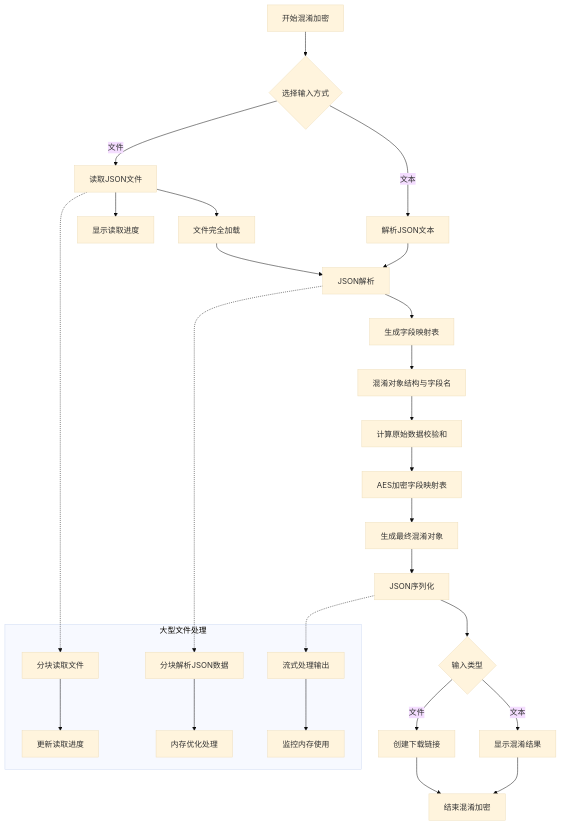
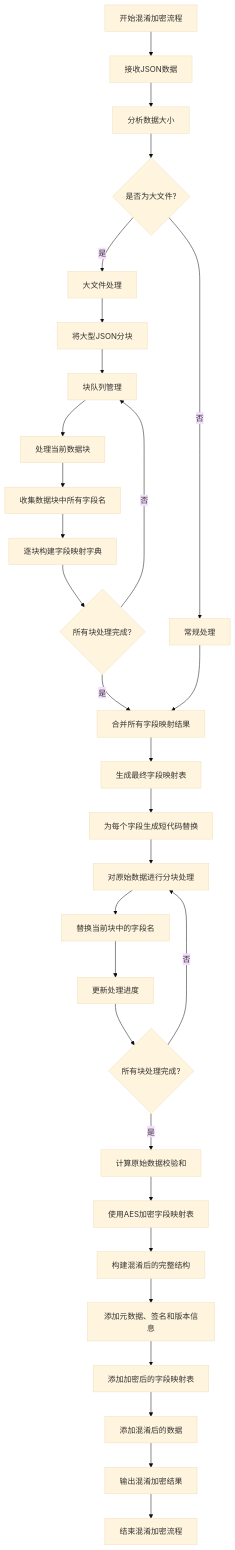
The diagram in all/未命名-43.md (yingjianzh/iodraw-files), drawn with Mermaid (base theme) before and after one commit.

Commit message:
2025-04-25 15:10:00 update

````diff
--- a/all/未命名-43.md
+++ b/all/未命名-43.md
@@ -1,37 +1,42 @@
 ```mermaid
 flowchart TD
-    A[开始混淆加密] --> B{选择输入方式}
-    B -->|文件| C[读取JSON文件]
-    B -->|文本| D[解析JSON文本]
+    A[开始混淆加密流程] --> B[接收JSON数据]
     
-    C --> E[显示读取进度]
-    C --> F[文件完全加载]
-    F --> G[JSON解析]
+    B --> C[分析数据大小]
+    C --> D{是否为大文件?}
     
-    D --> G
+    D -->|否| E[常规处理]
+    D -->|是| F[大文件处理]
     
-    G --> H[生成字段映射表]
-    H --> I[混淆对象结构与字段名]
-    I --> J[计算原始数据校验和]
-    J --> K[AES加密字段映射表]
+    F --> F1[将大型JSON分块]
+    F1 --> F2[块队列管理]
     
-    K --> L[生成最终混淆对象]
-    L --> M[JSON序列化]
+    F2 --> G[处理当前数据块]
+    G --> H[收集数据块中所有字段名]
+    H --> I[逐块构建字段映射字典]
+    I --> J{所有块处理完成?}
+    J -->|否| F2
     
-    M --> N{输入类型}
-    N -->|文件| O[创建下载链接]
-    N -->|文本| P[显示混淆结果]
+    J -->|是| K[合并所有字段映射结果]
+    E --> K
     
-    O --> Q[结束混淆加密]
-    P --> Q
+    K --> L[生成最终字段映射表]
+    L --> M[为每个字段生成短代码替换]
     
-    subgraph 大型文件处理
-        C1[分块读取文件] --> C2[更新读取进度]
-        G1[分块解析JSON数据] --> G2[内存优化处理]
-        M1[流式处理输出] --> M2[监控内存使用]
-    end
+    M --> N[对原始数据进行分块处理]
+    N --> O[替换当前块中的字段名]
+    O --> P[更新处理进度]
+    P --> Q{所有块处理完成?}
+    Q -->|否| N
     
-    C -.-> C1
-    G -.-> G1
-    M -.-> M1
+    Q -->|是| R[计算原始数据校验和]
+    R --> S[使用AES加密字段映射表]
+    
+    S --> T[构建混淆后的完整结构]
+    T --> U[添加元数据、签名和版本信息]
+    U --> V[添加加密后的字段映射表]
+    V --> W[添加混淆后的数据]
+    
+    W --> X[输出混淆加密结果]
+    X --> Y[结束混淆加密流程]
 ```
````
